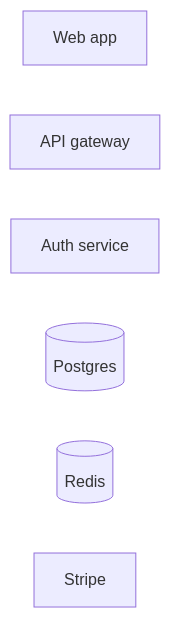
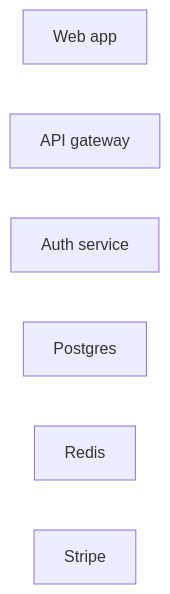
Before and after one commit to AchuAshwath/drawmaid: the second of 4 diagrams in docs/research/visual-vocabulary.md, drawn with Mermaid. The commit also changed other lines of this file, not shown here.

````diff
--- a/docs/research/visual-vocabulary.md
+++ b/docs/research/visual-vocabulary.md
@@ -286,9 +383,9 @@
 ```mermaid
 flowchart LR
   Browser["Web app"]:::ui
   API["API gateway"]:::gw
   Auth["Auth service"]:::svc
-  PG[("Postgres")]:::db
-  Redis[("Redis")]:::cache
+  PG["Postgres"]:::db
+  Redis["Redis"]:::cache
   Stripe["Stripe"]:::ext
 ```
````
